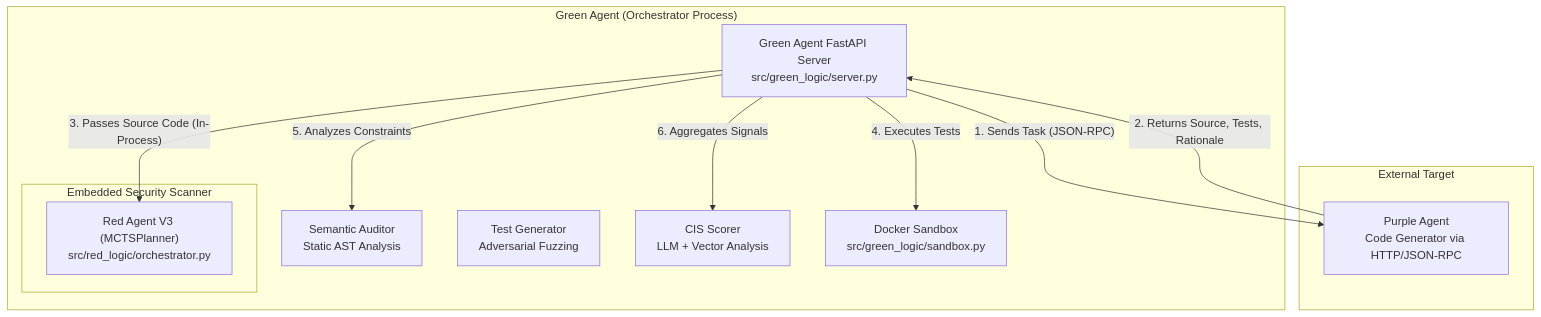
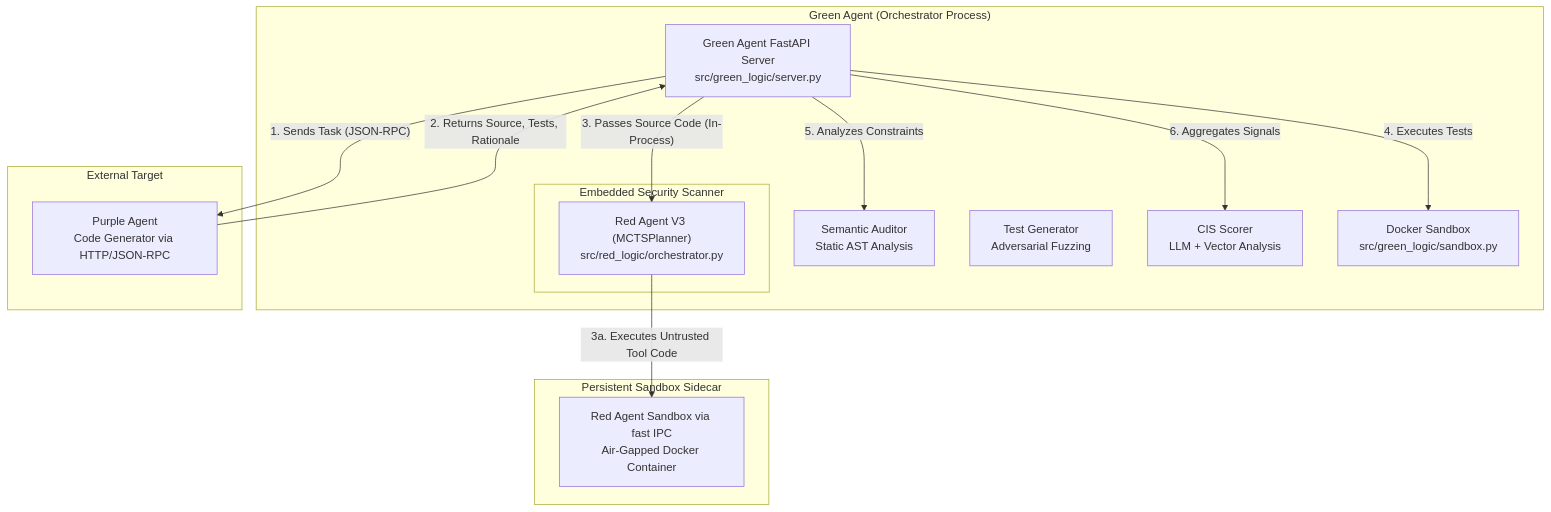
Before and after one commit to joshhickson/LogoMesh: the first of 2 diagrams in docs/06-Phase-2/[2026-02-28] Architecture-Overview.md, drawn with Mermaid. The commit also changed other lines of this file and 4 other files, not shown here.

````diff
--- a/docs/06-Phase-2/[2026-02-28] Architecture-Overview.md
+++ b/docs/06-Phase-2/[2026-02-28] Architecture-Overview.md
@@ -13,26 +13,31 @@
 ```mermaid
 flowchart TD
     subgraph "Green Agent (Orchestrator Process)"
         GA["Green Agent FastAPI Server<br>src/green_logic/server.py"]
         
         subgraph "Embedded Security Scanner"
             RA["Red Agent V3 (MCTSPlanner)<br>src/red_logic/orchestrator.py"]
         end
         
         SA["Semantic Auditor<br>Static AST Analysis"]
         TG["Test Generator<br>Adversarial Fuzzing"]
         CIS["CIS Scorer<br>LLM + Vector Analysis"]
         SB["Docker Sandbox<br>src/green_logic/sandbox.py"]
     end
 
+    subgraph "Persistent Sandbox Sidecar"
+        RSB["Red Agent Sandbox via fast IPC<br>Air-Gapped Docker Container"]
+    end
+
     subgraph "External Target"
         PA["Purple Agent<br>Code Generator via HTTP/JSON-RPC"]
     end
 
     GA -- "1. Sends Task (JSON-RPC)" --> PA
     PA -- "2. Returns Source, Tests, Rationale" --> GA
     GA -- "3. Passes Source Code (In-Process)" --> RA
+    RA -- "3a. Executes Untrusted Tool Code" --> RSB
     GA -- "4. Executes Tests" --> SB
     GA -- "5. Analyzes Constraints" --> SA
     GA -- "6. Aggregates Signals" --> CIS
 ```
````
